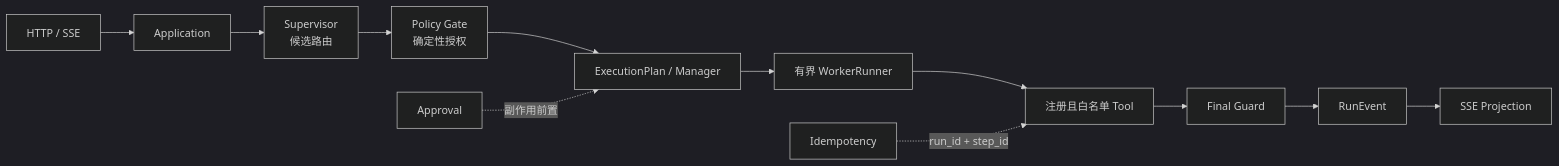
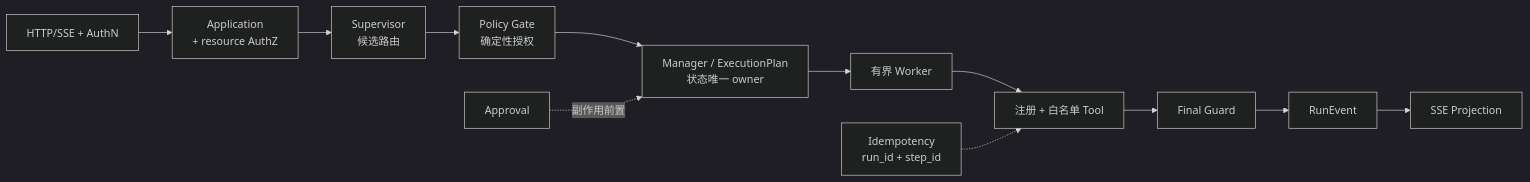
Before and after one commit to observer-mimiron/supervisor-template: the diagram in README.md, drawn with Mermaid (dark theme). The commit also changed other lines of this file, not shown here.

First line of the commit message:
docs: rewrite the README around purpose, architecture and scenarios

````diff
--- a/README.md
+++ b/README.md
@@ -15,14 +32,14 @@
 ```mermaid
 flowchart LR
-    HTTP[HTTP / SSE] --> APP[Application]
-    APP --> SUP[Supervisor<br/>候选路由]
-    SUP --> POLICY[Policy Gate<br/>确定性授权]
-    POLICY --> PLAN[ExecutionPlan / Manager]
-    PLAN --> WORKER[有界 WorkerRunner]
-    WORKER --> TOOL[注册且白名单 Tool]
-    TOOL --> GUARD[Final Guard]
-    GUARD --> EVENT[RunEvent]
-    EVENT --> SSE[SSE Projection]
-    APPROVAL[Approval] -. 副作用前置 .-> PLAN
-    IDEMPOTENCY[Idempotency] -. run_id + step_id .-> TOOL
+    HTTP["HTTP/SSE + AuthN"] --> APP["Application<br/>+ resource AuthZ"]
+    APP --> SUP["Supervisor<br/>候选路由"]
+    SUP --> POLICY["Policy Gate<br/>确定性授权"]
+    POLICY --> PLAN["Manager / ExecutionPlan<br/>状态唯一 owner"]
+    PLAN --> WORKER["有界 Worker"]
+    WORKER --> TOOL["注册 + 白名单 Tool"]
+    TOOL --> GUARD["Final Guard"]
+    GUARD --> EVENT["RunEvent"]
+    EVENT --> SSE["SSE Projection"]
+    APPROVAL["Approval"] -. "副作用前置" .-> PLAN
+    IDEMPOTENCY["Idempotency<br/>run_id + step_id"] -.-> TOOL
 ```
````
